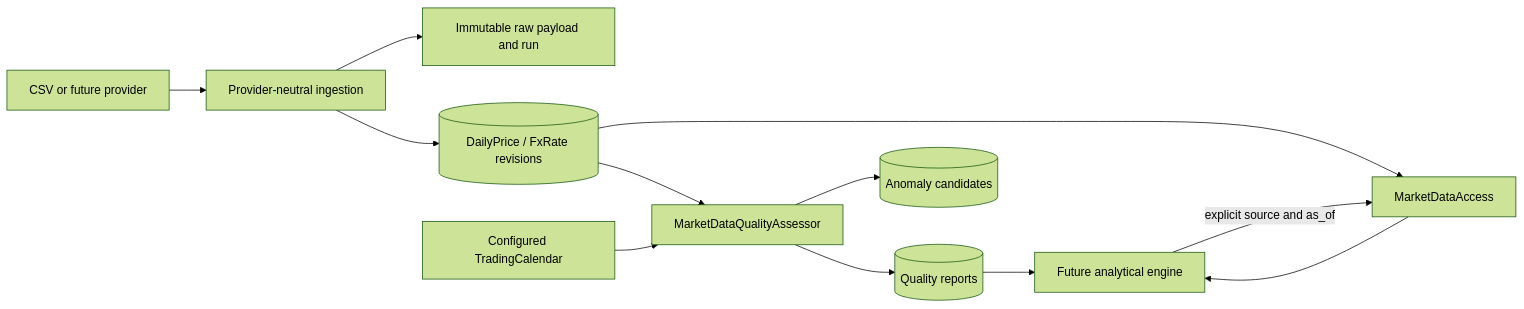
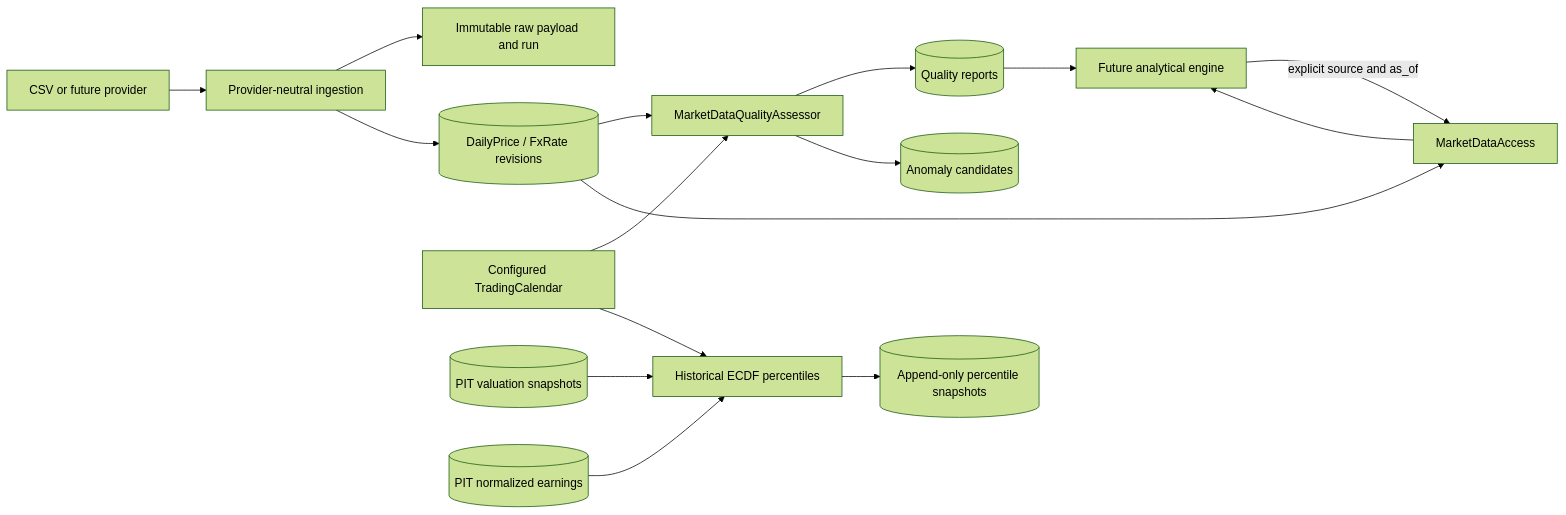
One commit to yanqzhi/CycleScore changed the diagram in docs/ENGINE_SPEC.md. Above: the diagram before and after it, drawn with Mermaid (forest theme). The commit also changed other lines of this file and 19 other files, not shown here.

Commit message:
Historical Valuation Percentile Engine

````diff
--- a/docs/ENGINE_SPEC.md
+++ b/docs/ENGINE_SPEC.md
@@ -9,14 +9,18 @@
 ```mermaid
 flowchart LR
     Provider[CSV or future provider] --> Ingestion[Provider-neutral ingestion]
     Ingestion --> Raw[Immutable raw payload and run]
     Ingestion --> Market[(DailyPrice / FxRate revisions)]
     Market --> Assess[MarketDataQualityAssessor]
     Calendar[Configured TradingCalendar] --> Assess
     Assess --> Reports[(Quality reports)]
     Assess --> Anomalies[(Anomaly candidates)]
     Market --> Query[MarketDataAccess]
     Reports --> Consumer[Future analytical engine]
     Query --> Consumer
     Consumer -->|explicit source and as_of| Query
+    Valuation[(PIT valuation snapshots)] --> Percentile[Historical ECDF percentiles]
+    Earnings[(PIT normalized earnings)] --> Percentile
+    Calendar --> Percentile
+    Percentile --> PercentileSnapshots[(Append-only percentile snapshots)]
 ```
````
